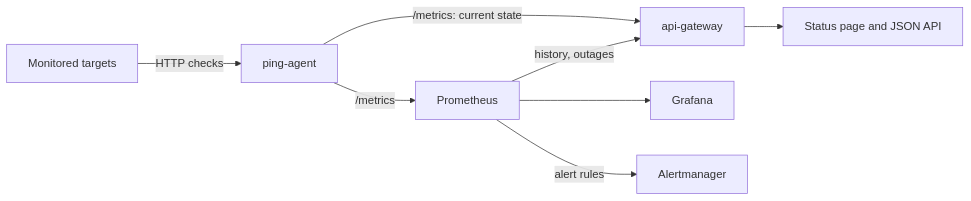
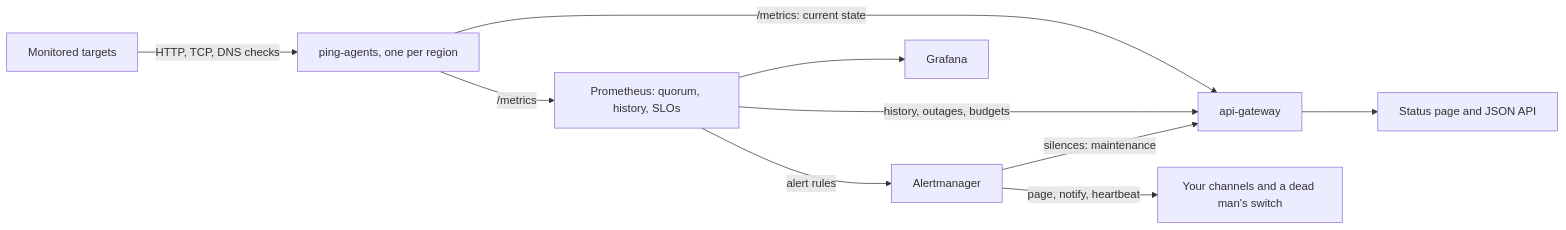
Before and after one commit to fattah247/iYup: the diagram in README.md, drawn with Mermaid. The commit also changed other lines of this file and 6 other files, not shown here.

First line of the commit message:
docs: describe regions, error budgets and maintenance across the docs

````diff
--- a/README.md
+++ b/README.md
@@ -41,10 +45,12 @@
 ```mermaid
 flowchart LR
-    T[Monitored targets] -->|HTTP checks| A[ping-agent]
-    A -->|/metrics| P[Prometheus]
+    T[Monitored targets] -->|HTTP, TCP, DNS checks| A[ping-agents, one per region]
+    A -->|/metrics| P[Prometheus: quorum, history, SLOs]
     A -->|/metrics: current state| G[api-gateway]
-    P -->|history, outages| G
+    P -->|history, outages, budgets| G
+    M[Alertmanager] -->|silences: maintenance| G
     G --> S[Status page and JSON API]
     P --> D[Grafana]
-    P -->|alert rules| M[Alertmanager]
+    P -->|alert rules| M
+    M -->|page, notify, heartbeat| N[Your channels and a dead man's switch]
 ```
````
